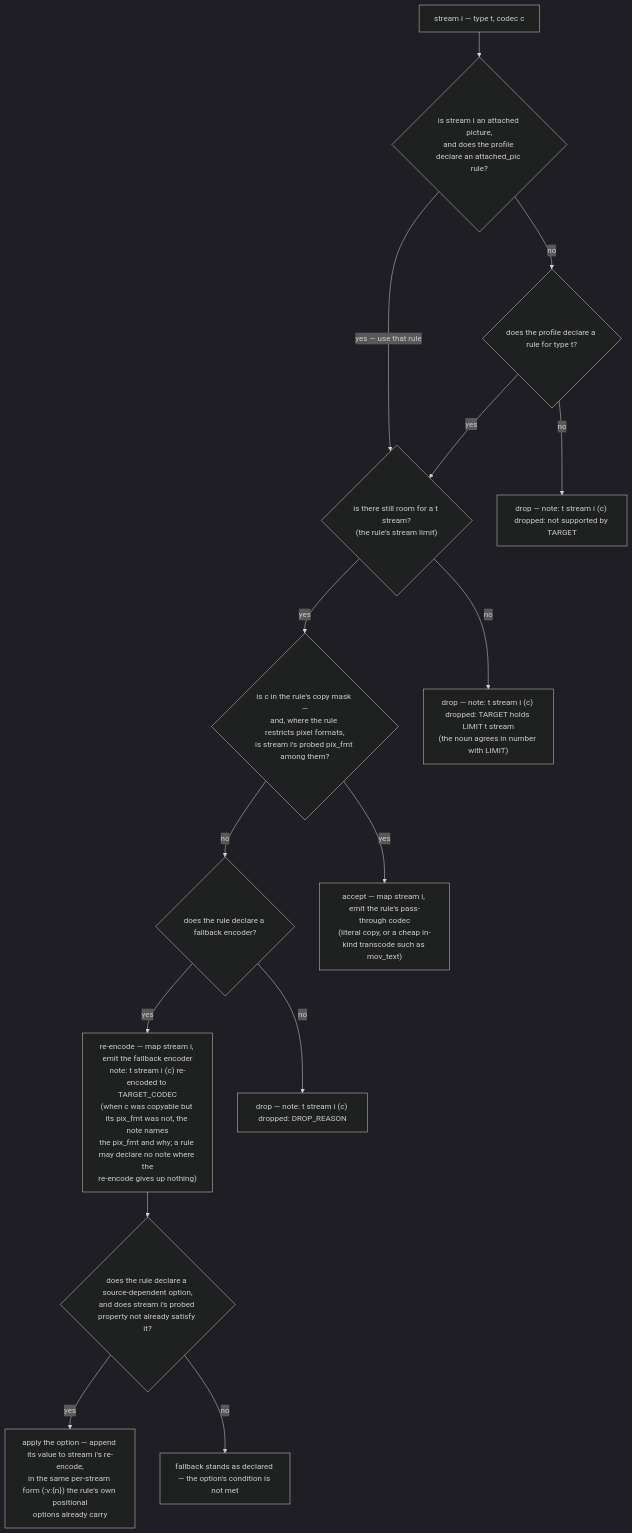
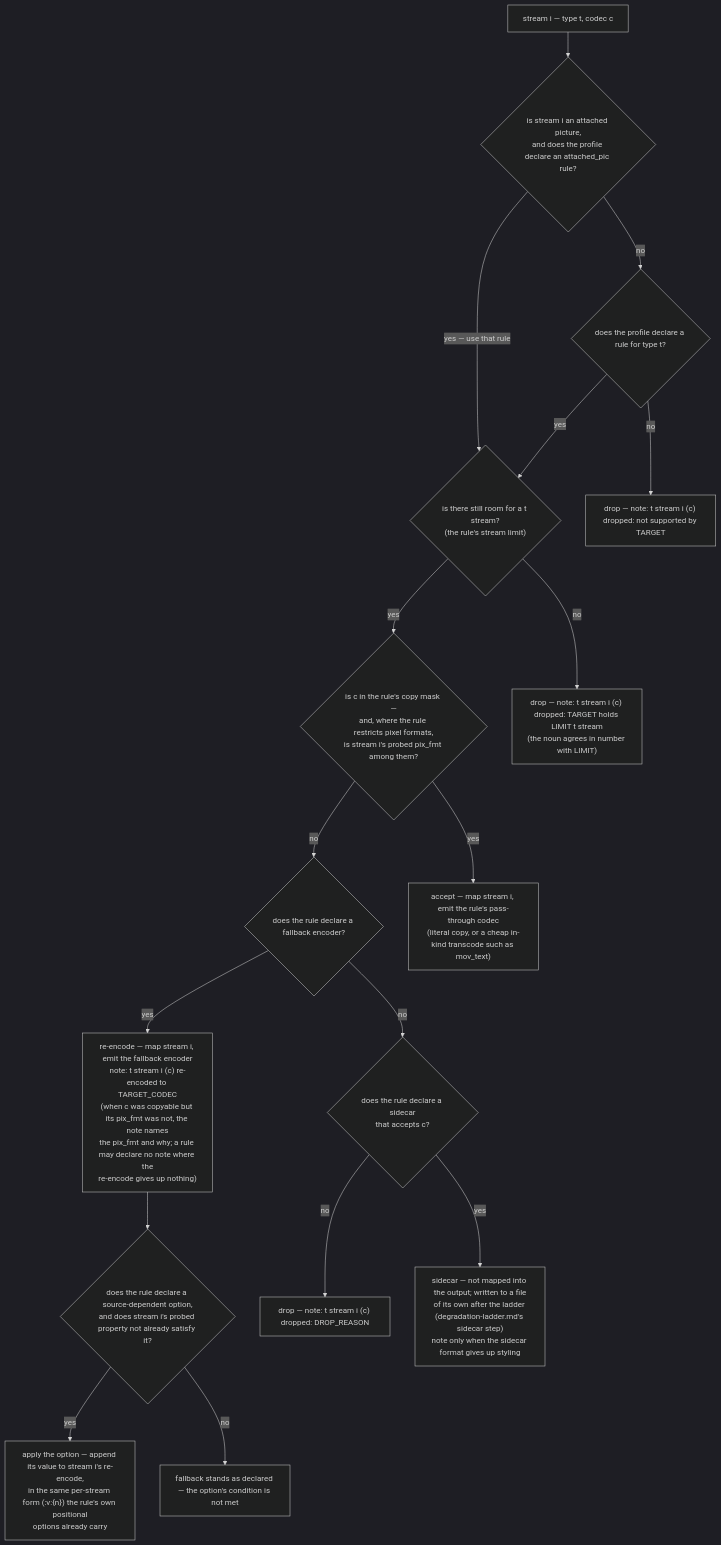
The diagram in docs/design/stream-decision.md (bhemsen/converter), drawn with Mermaid (dark theme) before and after one commit. The commit also changed other lines of this file and 6 other files, not shown here.

First line of the commit message:
docs(spec): subtitle sidecars for --to web (roadmap phase 14) (#175)

````diff
--- a/docs/design/stream-decision.md
+++ b/docs/design/stream-decision.md
@@ -22,32 +24,36 @@
 ```mermaid
 flowchart TD
     S["stream i — type t, codec c"]
     PIC{"is stream i an attached picture,<br/>and does the profile declare an attached_pic rule?"}
     T{"does the profile declare a rule for type t?"}
     ROOM{"is there still room for a t stream?<br/>(the rule's stream limit)"}
     MASK{"is c in the rule's copy mask —<br/>and, where the rule restricts pixel formats,<br/>is stream i's probed pix_fmt among them?"}
     ENC{"does the rule declare a fallback encoder?"}
     COPY["accept — map stream i, emit the rule's pass-through codec<br/>(literal copy, or a cheap in-kind transcode such as mov_text)"]
     REENC["re-encode — map stream i, emit the fallback encoder<br/>note: t stream i (c) re-encoded to TARGET_CODEC<br/>(when c was copyable but its pix_fmt was not, the note names<br/>the pix_fmt and why; a rule may declare no note where the<br/>re-encode gives up nothing)"]
     OPT{"does the rule declare a source-dependent option,<br/>and does stream i's probed property not already satisfy it?"}
     OVERRIDE["apply the option — append its value to stream i's re-encode,<br/>in the same per-stream form (:v:{n}) the rule's own positional<br/>options already carry"]
     STAND["fallback stands as declared — the option's condition is not met"]
     D1["drop — note: t stream i (c) dropped: not supported by TARGET"]
     D2["drop — note: t stream i (c) dropped: TARGET holds LIMIT t stream<br/>(the noun agrees in number with LIMIT)"]
     D3["drop — note: t stream i (c) dropped: DROP_REASON"]
+    SIDE{"does the rule declare a sidecar<br/>that accepts c?"}
+    SIDECAR["sidecar — not mapped into the output; written to a file<br/>of its own after the ladder (degradation-ladder.md's sidecar step)<br/>note only when the sidecar format gives up styling"]
 
     S --> PIC
     PIC -->|"yes — use that rule"| ROOM
     PIC -->|"no"| T
     T -->|"no"| D1
     T -->|"yes"| ROOM
     ROOM -->|"no"| D2
     ROOM -->|"yes"| MASK
     MASK -->|"yes"| COPY
     MASK -->|"no"| ENC
     ENC -->|"yes"| REENC
-    ENC -->|"no"| D3
+    ENC -->|"no"| SIDE
+    SIDE -->|"yes"| SIDECAR
+    SIDE -->|"no"| D3
     REENC --> OPT
     OPT -->|"yes"| OVERRIDE
     OPT -->|"no"| STAND
 ```
````
